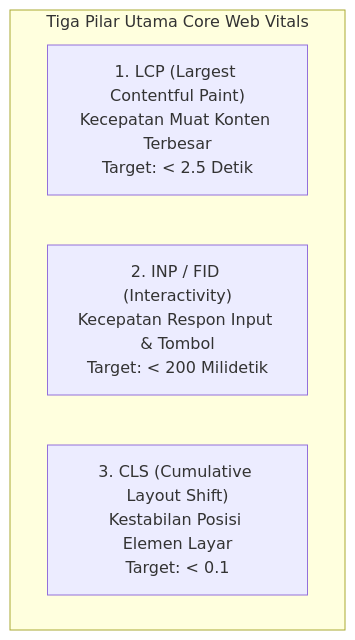
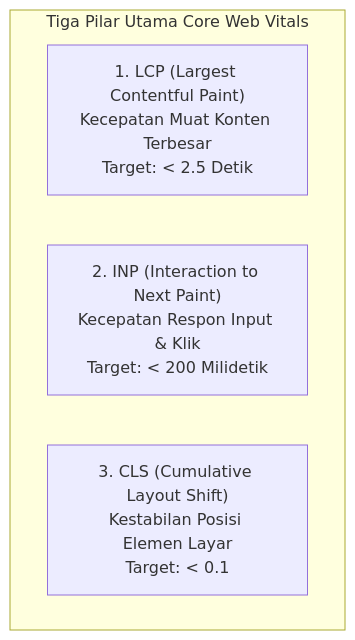
One commit to withered-flowers/materials-ise-2026 changed the diagram in deployment-slides/pages/04-benchmark-lighthouse.md. Above: the diagram before and after it, drawn with Mermaid. The commit also changed other lines of this file and 11 other files, not shown here.

Commit message:
feat: add traditional vs modern deployment, netlify dashboard flow, and lighthouse audit scores

````diff
--- a/deployment-slides/pages/04-benchmark-lighthouse.md
+++ b/deployment-slides/pages/04-benchmark-lighthouse.md
@@ -68,8 +81,8 @@
 ```mermaid {scale: 0.65}
 graph TD
     subgraph CoreWebVitals [Tiga Pilar Utama Core Web Vitals]
         A["1. LCP (Largest Contentful Paint)<br>Kecepatan Muat Konten Terbesar<br>Target: < 2.5 Detik"]
-        B["2. INP / FID (Interactivity)<br>Kecepatan Respon Input & Tombol<br>Target: < 200 Milidetik"]
+        B["2. INP (Interaction to Next Paint)<br>Kecepatan Respon Input & Klik<br>Target: < 200 Milidetik"]
         C["3. CLS (Cumulative Layout Shift)<br>Kestabilan Posisi Elemen Layar<br>Target: < 0.1"]
     end
 ```
````
